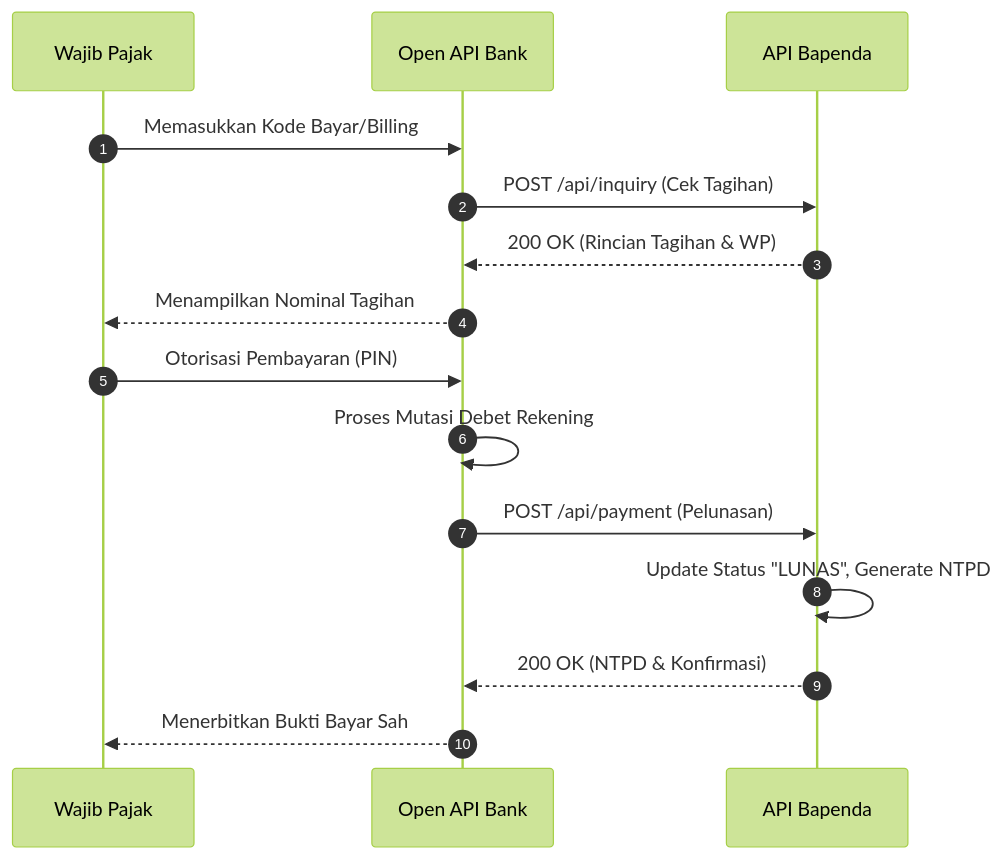
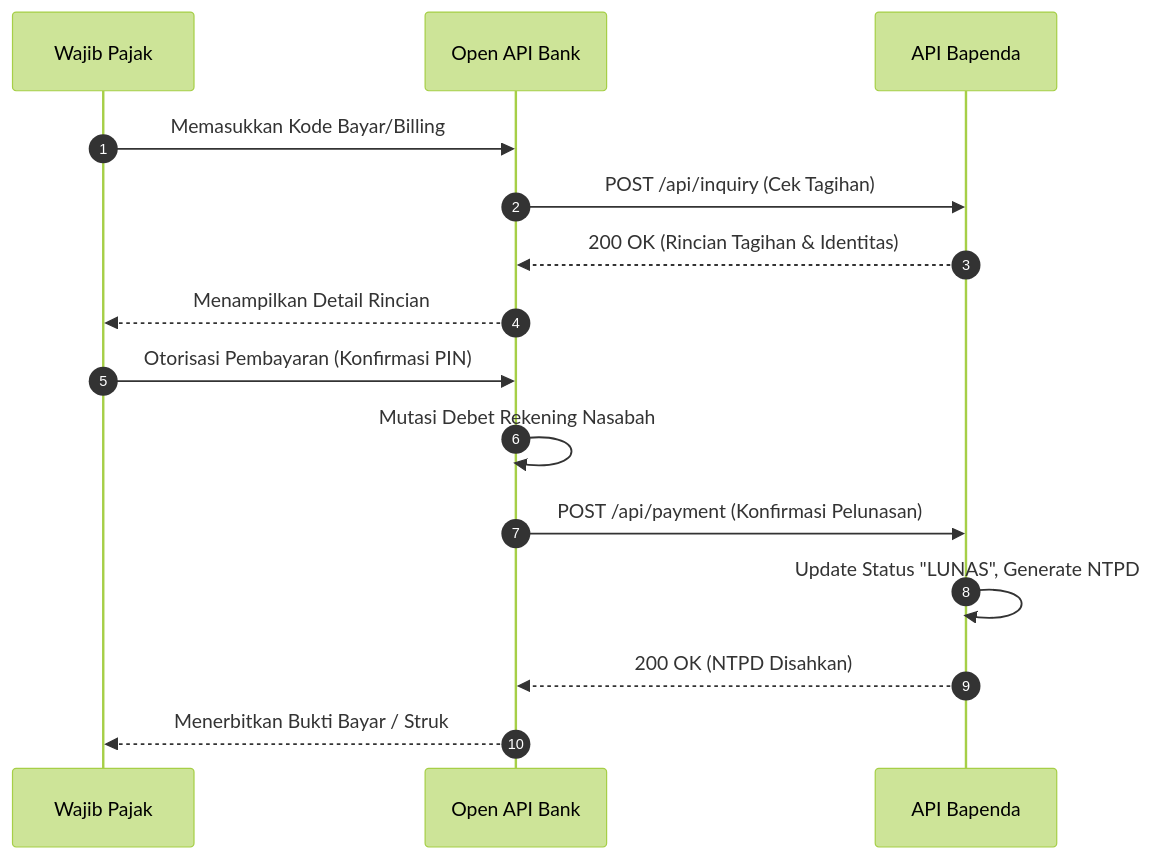
Before and after one commit to arif-rizal1122/retribusi-api: the third of 3 diagrams in docs/Dokumen_Perencanaan_Sistem_Pendapatan_Baubau.md, drawn with Mermaid (forest theme). The commit also changed other lines of this file, not shown here.

```diff
--- a/docs/Dokumen_Perencanaan_Sistem_Pendapatan_Baubau.md
+++ b/docs/Dokumen_Perencanaan_Sistem_Pendapatan_Baubau.md
@@ -114,19 +130,19 @@
 <div class="mermaid">
 sequenceDiagram
     autonumber
     participant WP as Wajib Pajak
     participant Bank as Open API Bank
     participant Bapenda as API Bapenda
 
     WP->>Bank: Memasukkan Kode Bayar/Billing
     Bank->>Bapenda: POST /api/inquiry (Cek Tagihan)
-    Bapenda-->>Bank: 200 OK (Rincian Tagihan & WP)
-    Bank-->>WP: Menampilkan Nominal Tagihan
+    Bapenda-->>Bank: 200 OK (Rincian Tagihan & Identitas)
+    Bank-->>WP: Menampilkan Detail Rincian
 
-    WP->>Bank: Otorisasi Pembayaran (PIN)
-    Bank->>Bank: Proses Mutasi Debet Rekening
-    Bank->>Bapenda: POST /api/payment (Pelunasan)
+    WP->>Bank: Otorisasi Pembayaran (Konfirmasi PIN)
+    Bank->>Bank: Mutasi Debet Rekening Nasabah
+    Bank->>Bapenda: POST /api/payment (Konfirmasi Pelunasan)
     Bapenda->>Bapenda: Update Status "LUNAS", Generate NTPD
-    Bapenda-->>Bank: 200 OK (NTPD & Konfirmasi)
-    Bank-->>WP: Menerbitkan Bukti Bayar Sah
+    Bapenda-->>Bank: 200 OK (NTPD Disahkan)
+    Bank-->>WP: Menerbitkan Bukti Bayar / Struk
 </div>
```
